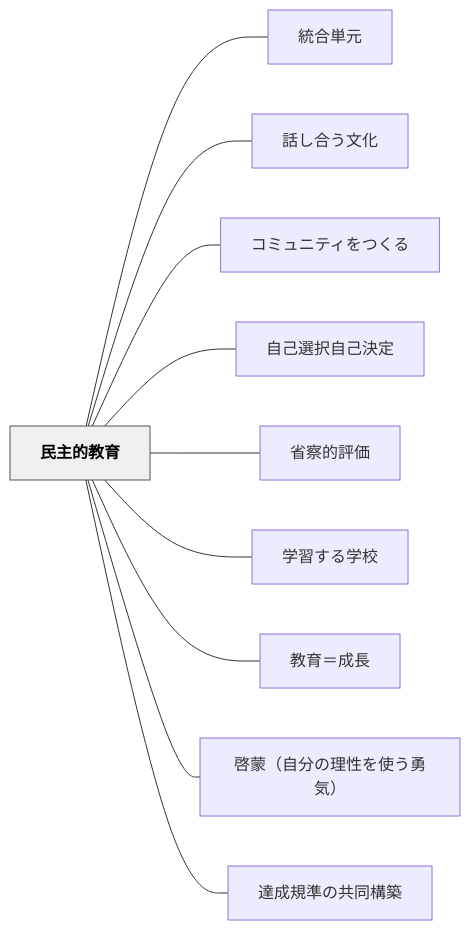
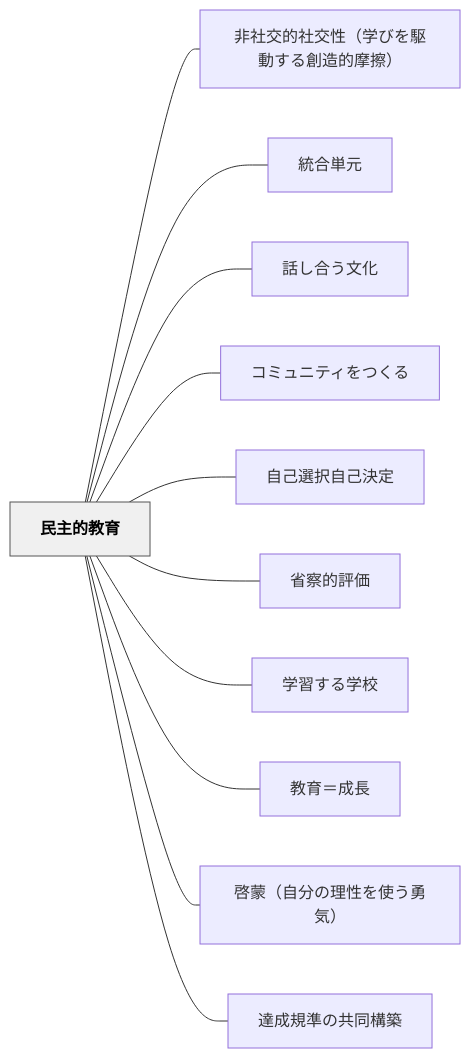
One commit to unknownthings-ed-patterns/unknownthings-ed-patterns changed the diagram in content/パタン/民主的教育.md. Above: the diagram before and after it, drawn with Mermaid. The commit also changed other lines of this file and 14 other files, not shown here.

````diff
--- a/content/パタン/民主的教育.md
+++ b/content/パタン/民主的教育.md
@@ -152,26 +153,28 @@
 ```mermaid
 flowchart LR
     ne6b091e4b8bbe79a84e69599e882b2["民主的教育"]
+    ne99d9ee7a4bee4baa4e79a84e7a4bee4baa4e680a7efbc88e5ada6e381b3e38292e9a786e58b95e38199e3828be589b5e980a0e79a84e691a9e693a6efbc89["非社交的社交性（学びを駆動する創造的摩擦）"]
     ne7b5b1e59088e58d98e58583["統合単元"]
     ne8a9b1e38197e59088e38186e69687e58c96["話し合う文化"]
     ne382b3e3839fe383a5e3838be38386e382a3e38292e381a4e3818fe3828b["コミュニティをつくる"]
     ne887aae5b7b1e981b8e68a9ee887aae5b7b1e6b1bae5ae9a["自己選択自己決定"]
     ne79c81e5af9fe79a84e8a995e4bea1["省察的評価"]
     ne5ada6e7bf92e38199e3828be5ada6e6a0a1["学習する学校"]
     ne69599e882b2efbc9de68890e995b7["教育＝成長"]
     ne59593e89299efbc88e887aae58886e381aee79086e680a7e38292e4bdbfe38186e58b87e6b097efbc89["啓蒙（自分の理性を使う勇気）"]
     ne98194e68890e8a68fe6ba96e381aee585b1e5908ce6a78be7af89["達成規準の共同構築"]
 
+    ne6b091e4b8bbe79a84e69599e882b2 --- ne99d9ee7a4bee4baa4e79a84e7a4bee4baa4e680a7efbc88e5ada6e381b3e38292e9a786e58b95e38199e3828be589b5e980a0e79a84e691a9e693a6efbc89
     ne6b091e4b8bbe79a84e69599e882b2 --- ne7b5b1e59088e58d98e58583
     ne6b091e4b8bbe79a84e69599e882b2 --- ne8a9b1e38197e59088e38186e69687e58c96
     ne6b091e4b8bbe79a84e69599e882b2 --- ne382b3e3839fe383a5e3838be38386e382a3e38292e381a4e3818fe3828b
     ne6b091e4b8bbe79a84e69599e882b2 --- ne887aae5b7b1e981b8e68a9ee887aae5b7b1e6b1bae5ae9a
     ne6b091e4b8bbe79a84e69599e882b2 --- ne79c81e5af9fe79a84e8a995e4bea1
     ne6b091e4b8bbe79a84e69599e882b2 --- ne5ada6e7bf92e38199e3828be5ada6e6a0a1
     ne6b091e4b8bbe79a84e69599e882b2 --- ne69599e882b2efbc9de68890e995b7
     ne6b091e4b8bbe79a84e69599e882b2 --- ne59593e89299efbc88e887aae58886e381aee79086e680a7e38292e4bdbfe38186e58b87e6b097efbc89
     ne6b091e4b8bbe79a84e69599e882b2 --- ne98194e68890e8a68fe6ba96e381aee585b1e5908ce6a78be7af89
 
     classDef hub fill:#f0f0f0,stroke:#555,color:#000,font-weight:bold
     class ne6b091e4b8bbe79a84e69599e882b2 hub
 ```
````
